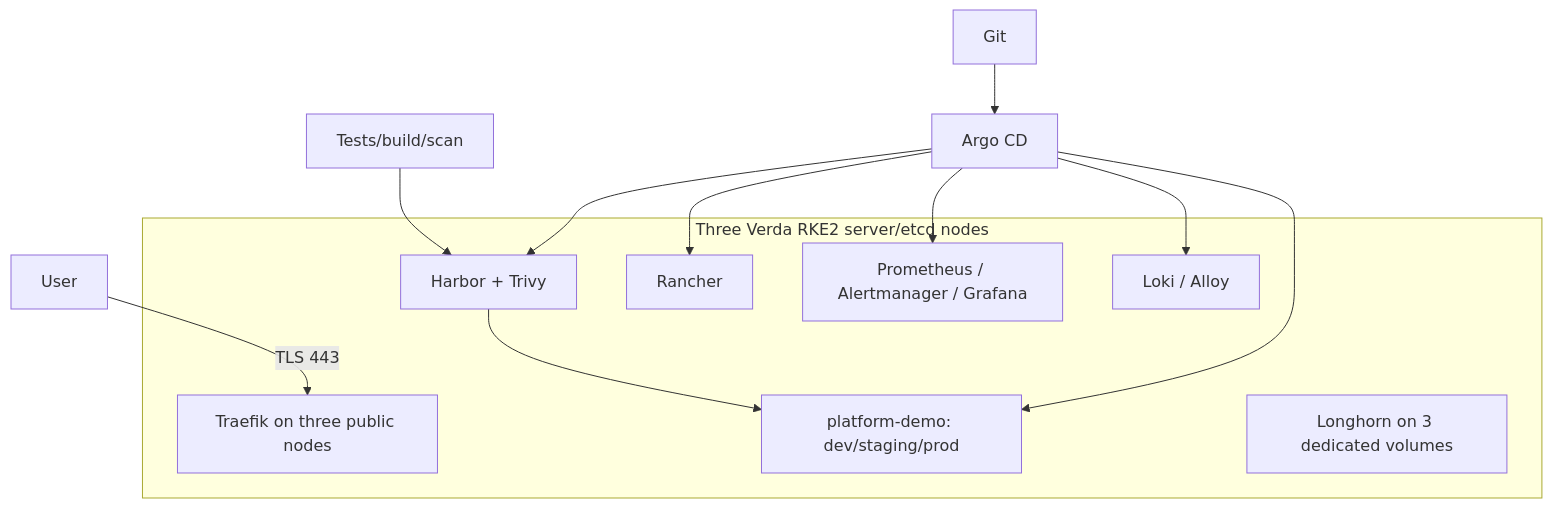
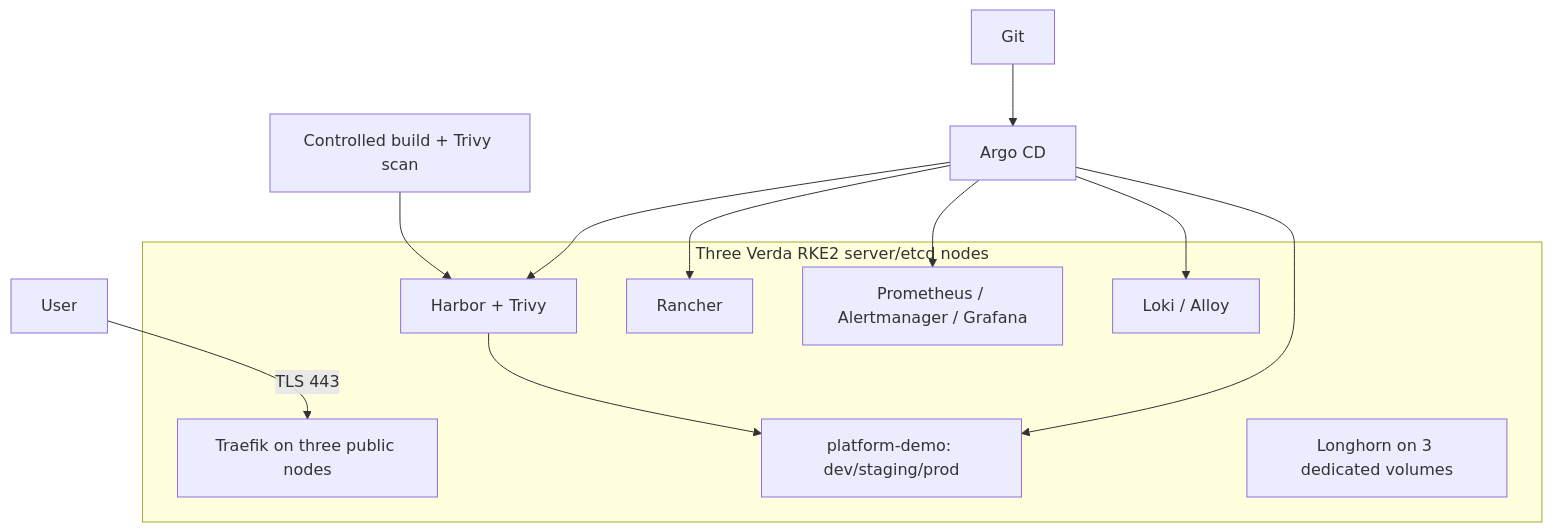
Before and after one commit to kaycee1771/verda-platform-takehome: the diagram in docs/architecture.md, drawn with Mermaid. The commit also changed 4 other files, not shown here.

````diff
--- a/docs/architecture.md
+++ b/docs/architecture.md
@@ -7,21 +7,21 @@
 ```mermaid
 flowchart TB
   User -->|TLS 443| Ingress[Traefik on three public nodes]
   Git --> Argo[Argo CD]
-  CI[Tests/build/scan] --> Harbor[Harbor + Trivy]
+  Release[Controlled build + Trivy scan] --> Harbor[Harbor + Trivy]
   Harbor --> Apps[platform-demo: dev/staging/prod]
   Argo --> Rancher
   Argo --> Harbor
   Argo --> Monitoring[Prometheus / Alertmanager / Grafana]
   Argo --> Logging[Loki / Alloy]
   Argo --> Apps
   subgraph RKE2[Three Verda RKE2 server/etcd nodes]
     Ingress
     Rancher
     Harbor
     Monitoring
     Logging
     Apps
     Longhorn[Longhorn on 3 dedicated volumes]
   end
 ```
````
